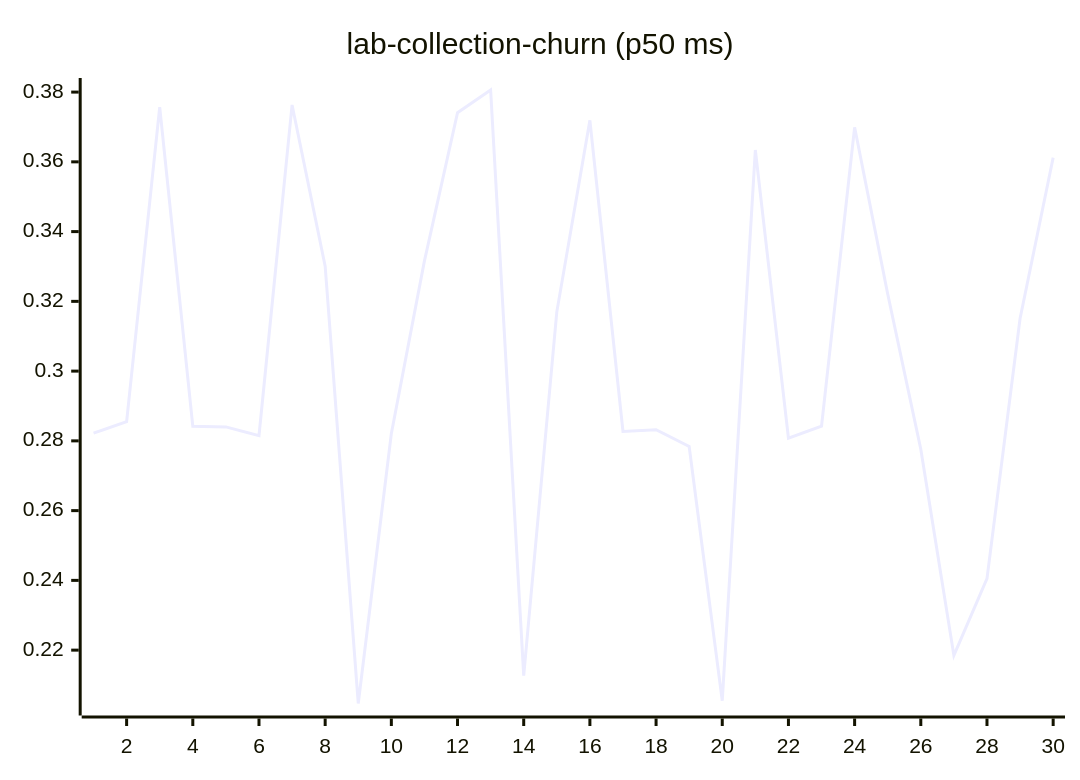
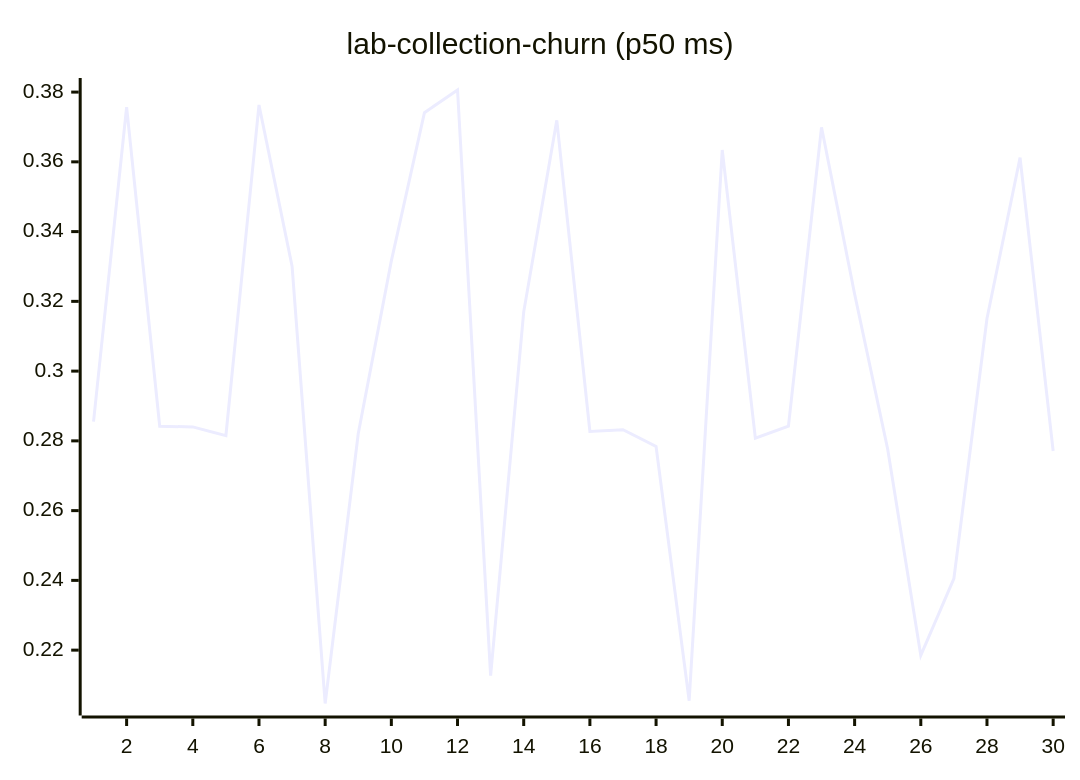
Before and after one commit to josha/Facet: diagram 11 of 27 in README.md, drawn with Mermaid. The commit also changed other lines of this file and 2 other files, not shown here.

````diff
--- a/README.md
+++ b/README.md
@@ -133,6 +133,6 @@
 ```mermaid
 xychart-beta
     title "lab-collection-churn (p50 ms)"
     x-axis 1 --> 30
-    line [0.2822, 0.2855, 0.3757, 0.2842, 0.2840, 0.2815, 0.3763, 0.3301, 0.2047, 0.2821, 0.3316, 0.3741, 0.3806, 0.2127, 0.3170, 0.3719, 0.2827, 0.2832, 0.2784, 0.2055, 0.3634, 0.2808, 0.2842, 0.3699, 0.3221, 0.2776, 0.2185, 0.2405, 0.3151, 0.3612]
+    line [0.2855, 0.3757, 0.2842, 0.2840, 0.2815, 0.3763, 0.3301, 0.2047, 0.2821, 0.3316, 0.3741, 0.3806, 0.2127, 0.3170, 0.3719, 0.2827, 0.2832, 0.2784, 0.2055, 0.3634, 0.2808, 0.2842, 0.3699, 0.3221, 0.2776, 0.2185, 0.2405, 0.3151, 0.3612, 0.2771]
 ```
````
